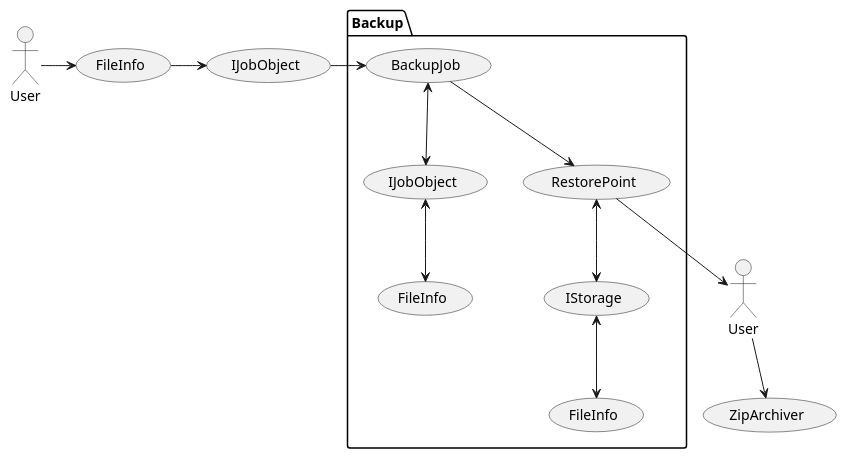
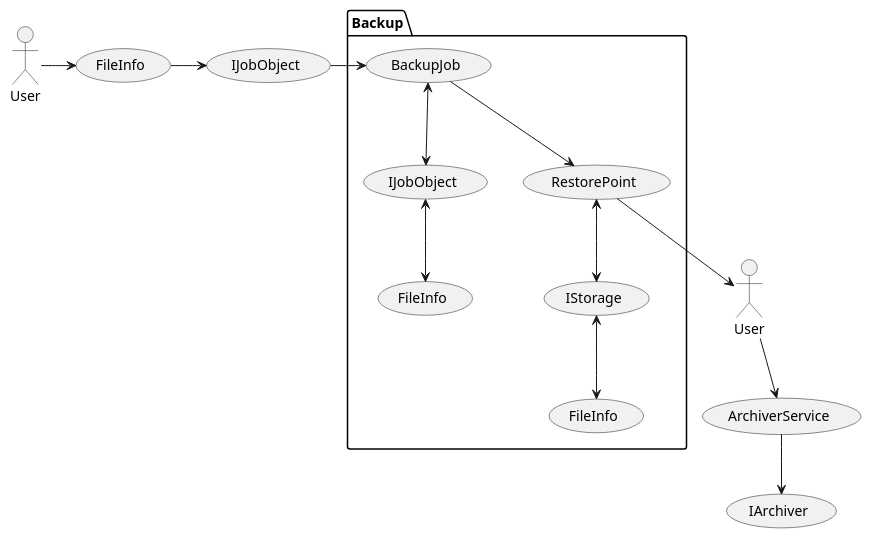
Before and after one commit to Ar4eR-ValerA/OOP.IIIsem: the diagram in Docs/Usecase.puml, drawn with PlantUML. The commit also changed 1 other file, not shown here.

Commit message:
chore: updates docs        classes uml v3.1        usecase uml v1.4

```diff
--- a/Docs/Usecase.puml
+++ b/Docs/Usecase.puml
@@ -1,32 +1,36 @@
 @startuml
 
 actor User as UserSender
 actor User as UserTaker
 
 
 package Backup {
     usecase BackupJob
     usecase IJobObject
     usecase RestorePoint  
     usecase IStorage
     usecase FileInfo as FileStorageInfo
     usecase FileInfo as FileJobObjectInfo
 }
 
 usecase FileInfo as FileUserInfo
 usecase IJobObject as JobObjectUser
-usecase ZipArchiver
 
 BackupJob <--> IJobObject
 BackupJob --> RestorePoint
 RestorePoint <--> IStorage
 IStorage <--> FileStorageInfo
 IJobObject <--> FileJobObjectInfo
 
 UserSender -> FileUserInfo
 FileUserInfo -> JobObjectUser
 JobObjectUser -> BackupJob
 RestorePoint --> UserTaker
-UserTaker --> ZipArchiver
+
+usecase ArchiverService
+usecase IArchiver
+
+UserTaker --> ArchiverService
+ArchiverService --> IArchiver
 
 @enduml
```
